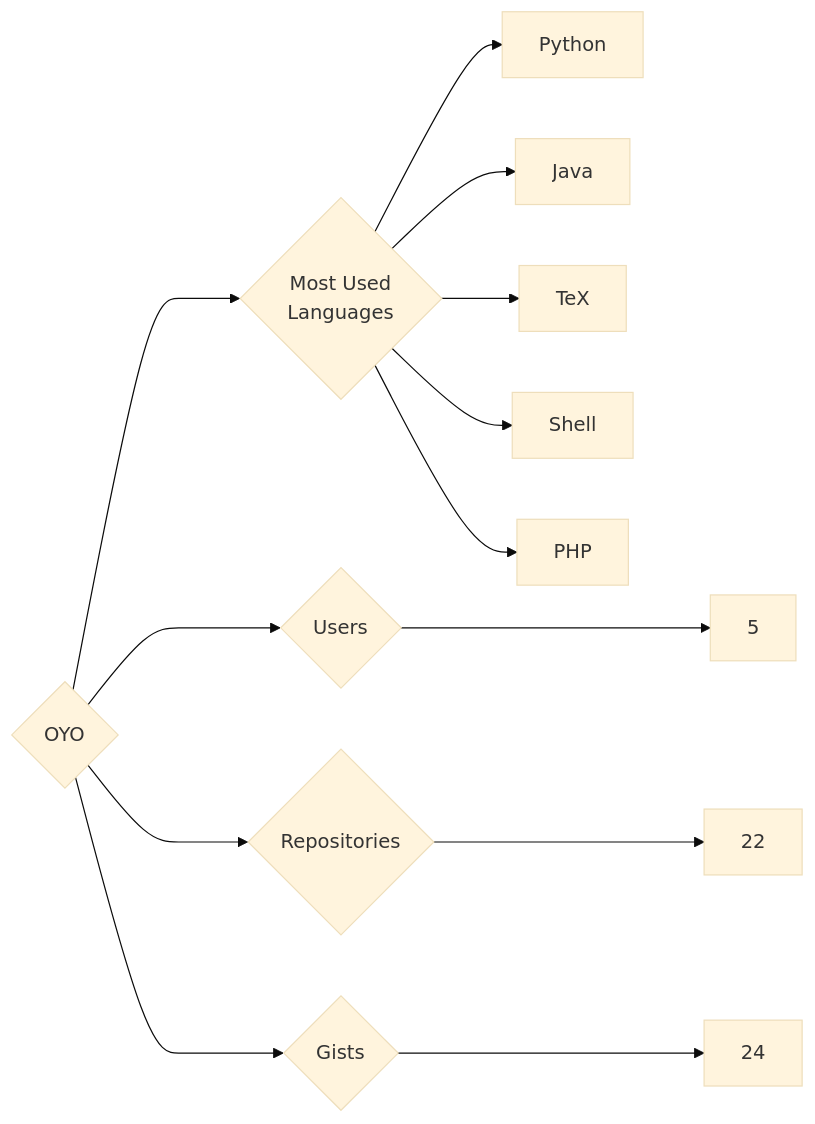
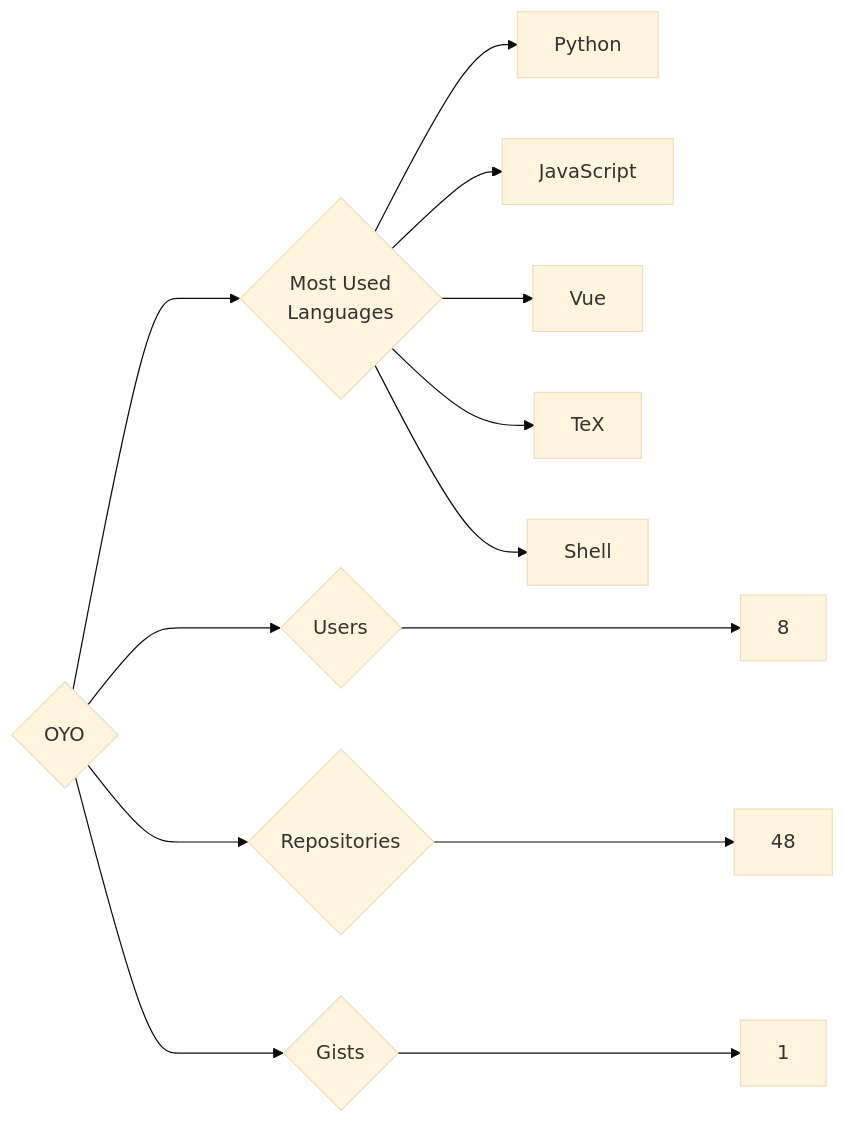
The diagram in targets/OYO/README.md (trickest/insiders), drawn with Mermaid (base theme) before and after one commit. The commit also changed 1389 other files, not shown here.

````diff
--- a/targets/OYO/README.md
+++ b/targets/OYO/README.md
@@ -3,13 +3,13 @@
 ```mermaid
 graph LR
 COMPANY_NAME{OYO}
-COMPANY_NAME ---> U{Users} ---> UN[5]
-COMPANY_NAME ---> R{Repositories} ---> RN[22]
-COMPANY_NAME ---> G{Gists} ---> GN[24]
+COMPANY_NAME ---> U{Users} ---> UN[8]
+COMPANY_NAME ---> R{Repositories} ---> RN[48]
+COMPANY_NAME ---> G{Gists} ---> GN[1]
 COMPANY_NAME ---> ML{Most Used<br>Languages}
 ML --> Python[Python]
-ML --> Java[Java]
+ML --> JavaScript[JavaScript]
+ML --> Vue[Vue]
 ML --> TeX[TeX]
 ML --> Shell[Shell]
-ML --> PHP[PHP]
 ```
````
